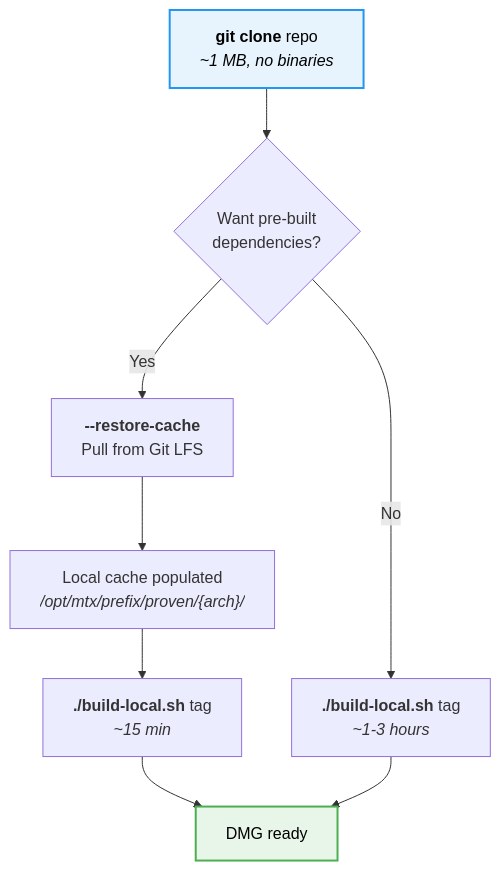
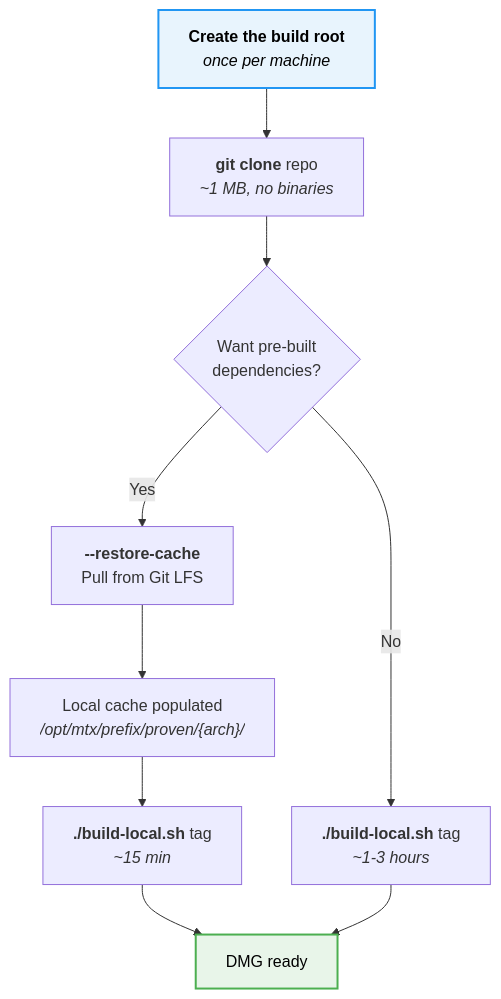
Before and after one commit to CorticalCode/mkvtoolnix-gui-macos: the first of 5 diagrams in docs/build-workflow.md, drawn with Mermaid. The commit also changed other lines of this file and 5 other files, not shown here.

````diff
--- a/docs/build-workflow.md
+++ b/docs/build-workflow.md
@@ -18,16 +30,17 @@
 ```mermaid
 flowchart TD
-    A["<b>git clone</b> repo<br/><i>~1 MB, no binaries</i>"] --> B{"Want pre-built<br/>dependencies?"}
+    A["<b>Create the build root</b><br/><i>once per machine</i>"] --> A2["<b>git clone</b> repo<br/><i>~1 MB, no binaries</i>"]
+    A2 --> B{"Want pre-built<br/>dependencies?"}
 
     B -->|Yes| C["<b>--restore-cache</b><br/>Pull from Git LFS"]
     C --> D["Local cache populated<br/><i>/opt/mtx/prefix/proven/{arch}/</i>"]
     D --> E["<b>./build-local.sh</b> tag<br/><i>~15 min</i>"]
 
     B -->|No| F["<b>./build-local.sh</b> tag<br/><i>~1-3 hours</i>"]
 
     E --> G["DMG ready"]
     F --> G
 
     style A fill:#e8f4fd,stroke:#2196f3,stroke-width:2px,color:#000
     style G fill:#e8f5e9,stroke:#4caf50,stroke-width:2px,color:#000
 ```
````
